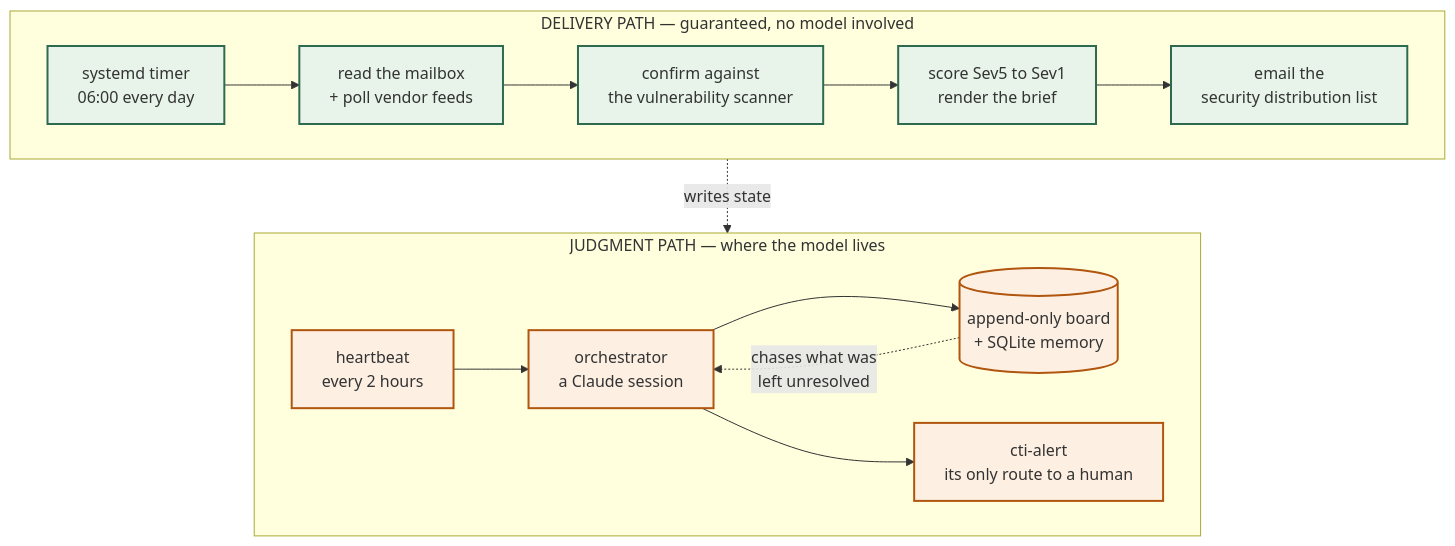
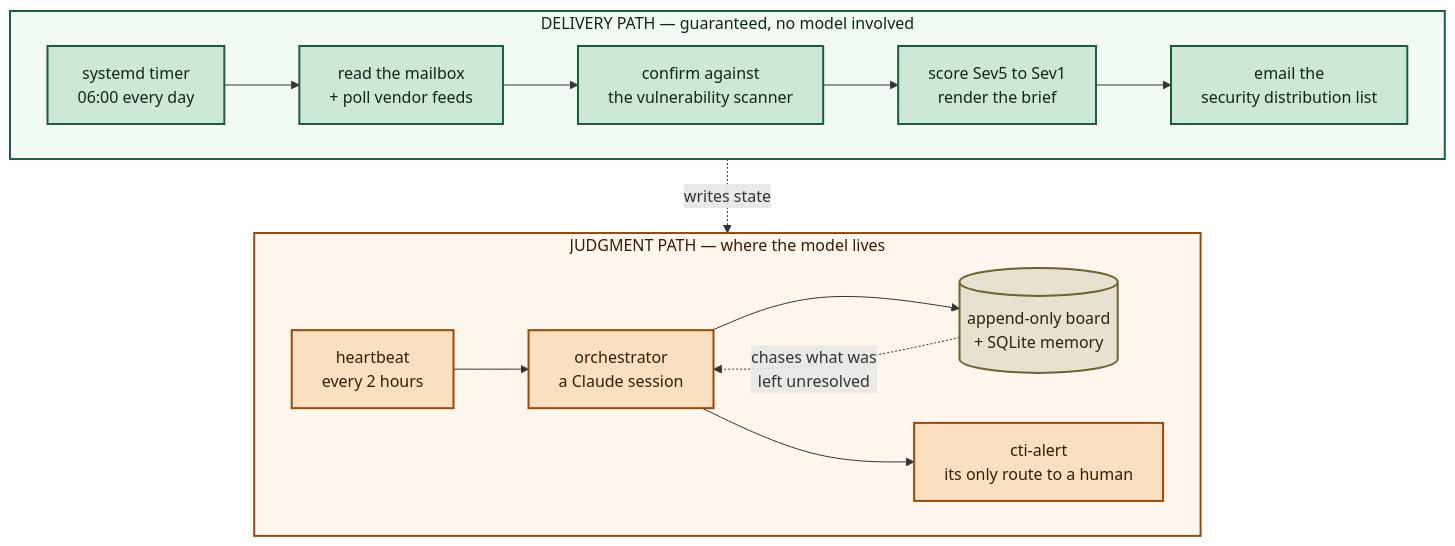
Before and after one commit to zany2dmax/cti-agent: the first of 2 diagrams in ARCHITECTURE.md, drawn with Mermaid. The commit also changed other lines of this file, not shown here.

Commit message:
docs: make the diagrams readable in dark mode
I set pale fills on the styled nodes and left the text colour to the
theme. GitHub's dark theme then drew white text on a pale box, so every
node I had bothered to style was the one that became unreadable, and the
nodes I left alone were fine.

Now nothing is left to the theme. Every node carries a class, every
class declares fill, stroke AND color, and both diagrams' subgraphs are
styled too. Checked by computing the actual WCAG contrast of each
fill/text pair rather than by looking at it in one theme: the lowest is
11.8:1 against a 4.5:1 requirement.

Also replaced the literal em dashes in the subgraph titles with &mdash;,
since Mermaid label parsing is unpredictable with them.

````diff
--- a/ARCHITECTURE.md
+++ b/ARCHITECTURE.md
@@ -35,25 +35,32 @@
 ```mermaid
 flowchart TB
-    subgraph G["DELIVERY PATH — guaranteed, no model involved"]
+    subgraph G["DELIVERY PATH &mdash; guaranteed, no model involved"]
         direction LR
         T["systemd timer<br/>06:00 every day"] --> ING["read the mailbox<br/>+ poll vendor feeds"]
         ING --> CONF["confirm against<br/>the vulnerability scanner"]
         CONF --> SCORE["score Sev5 to Sev1<br/>render the brief"]
         SCORE --> MAIL["email the<br/>security distribution list"]
     end
 
-    subgraph J["JUDGMENT PATH — where the model lives"]
+    subgraph J["JUDGMENT PATH &mdash; where the model lives"]
         direction LR
         HB["heartbeat<br/>every 2 hours"] --> ORCH["orchestrator<br/>a Claude session"]
         ORCH --> NOTE[("append-only board<br/>+ SQLite memory")]
         ORCH --> ALERT["cti-alert<br/>its only route to a human"]
     end
 
     CONF -. "writes state" .-> NOTE
     NOTE -. "chases what was<br/>left unresolved" .-> ORCH
 
-    classDef guaranteed fill:#e8f4ea,stroke:#2d6a4f,stroke-width:2px
-    classDef judgment fill:#fdf0e3,stroke:#b1560f,stroke-width:2px
+    %% Every node is styled, and every style sets a text colour.
+    %% Leaving it to the theme makes GitHub's dark mode draw white text
+    %% on these pale fills, which is unreadable.
+    classDef guaranteed fill:#cde9d5,stroke:#1b5e3f,stroke-width:2px,color:#10261b
+    classDef judgment   fill:#fadfc0,stroke:#9a4a08,stroke-width:2px,color:#3a1c02
+    classDef store      fill:#e7e1cf,stroke:#6f6134,stroke-width:2px,color:#2a2410
     class T,ING,CONF,SCORE,MAIL guaranteed
-    class HB,ORCH,NOTE,ALERT judgment
+    class HB,ORCH,ALERT judgment
+    class NOTE store
+    style G fill:#f2faf4,stroke:#1b5e3f,stroke-width:2px,color:#10261b
+    style J fill:#fff7ee,stroke:#9a4a08,stroke-width:2px,color:#3a1c02
 ```
````
